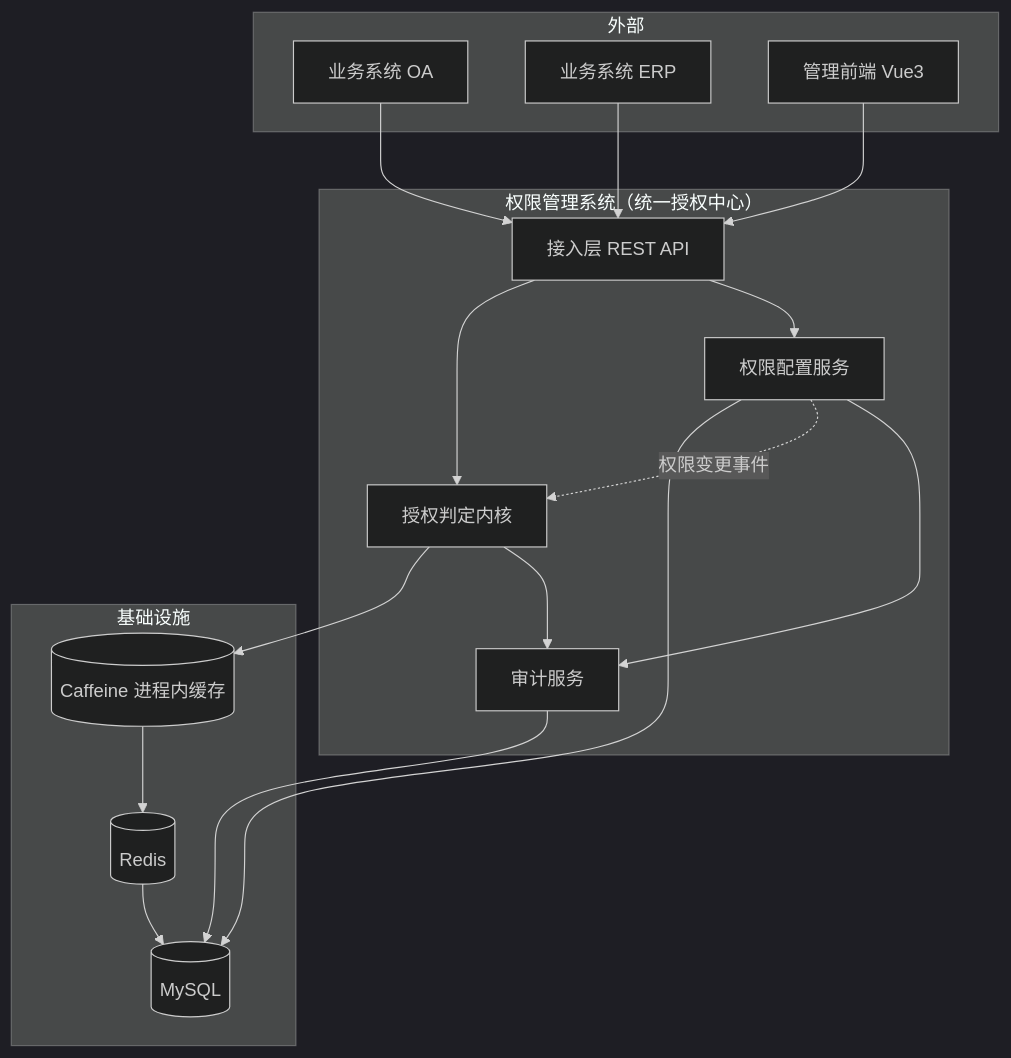
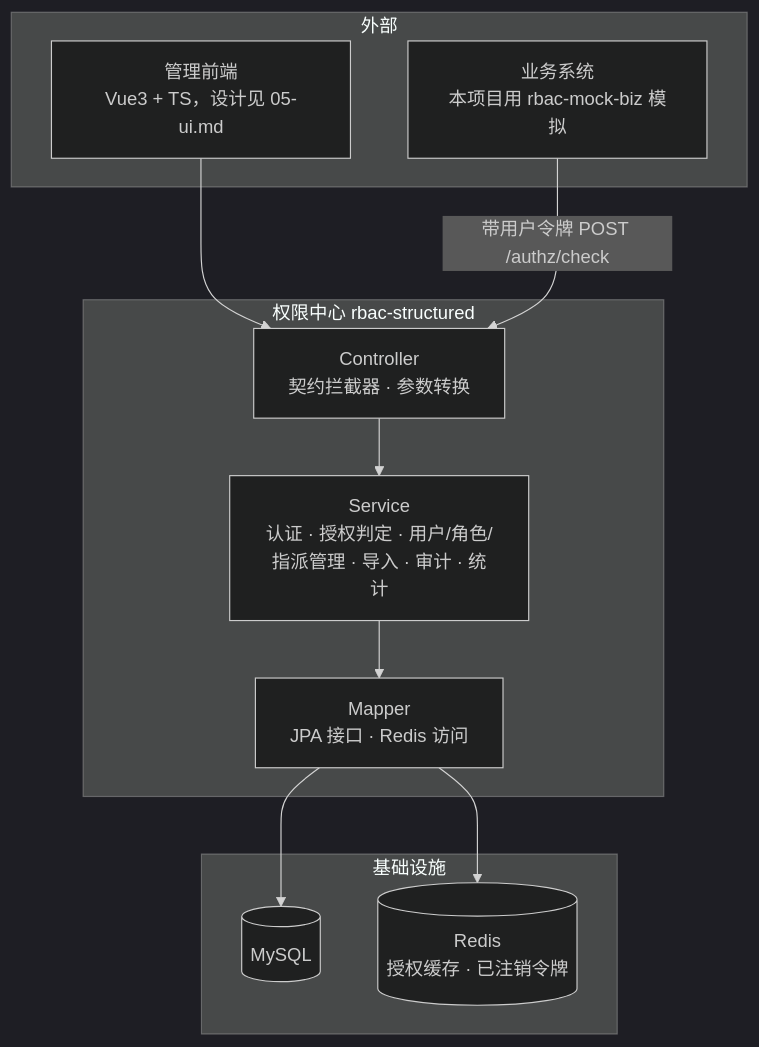
One commit to vintcessun/OOAD changed the first of 4 diagrams in docs/02-architecture.md. Above: the diagram before and after it, drawn with Mermaid (dark theme). The commit also changed other lines of this file and 17 other files, not shown here.

````diff
--- a/docs/02-architecture.md
+++ b/docs/02-architecture.md
@@ -68,31 +53,21 @@
 ```mermaid
 flowchart TB
     subgraph EXT["外部"]
-        BIZ1[业务系统 OA]
-        BIZ2[业务系统 ERP]
-        WEB[管理前端 Vue3]
+        WEB[管理前端<br/>Vue3 + TS，设计见 05-ui.md]
+        BIZ[业务系统<br/>本项目用 rbac-mock-biz 模拟]
     end
-    subgraph SYS["权限管理系统（统一授权中心）"]
-        API[接入层 REST API]
-        AUTHZ[授权判定内核]
-        ADMIN[权限配置服务]
-        AUDIT[审计服务]
+    subgraph SYS["权限中心 rbac-structured"]
+        API[Controller<br/>契约拦截器 · 参数转换]
+        SVC[Service<br/>认证 · 授权判定 · 用户/角色/指派管理 · 导入 · 审计 · 统计]
+        MAP[Mapper<br/>JPA 接口 · Redis 访问]
     end
     subgraph INFRA["基础设施"]
         MySQL[(MySQL)]
-        Redis[(Redis)]
-        Local[(Caffeine 进程内缓存)]
+        Redis[(Redis<br/>授权缓存 · 已注销令牌)]
     end
-
     WEB --> API
-    BIZ1 --> API
-    BIZ2 --> API
-    API --> AUTHZ
-    API --> ADMIN
-    AUTHZ --> Local --> Redis --> MySQL
-    ADMIN --> MySQL
-    ADMIN -. 权限变更事件 .-> AUTHZ
-    ADMIN --> AUDIT
-    AUTHZ --> AUDIT
-    AUDIT --> MySQL
+    BIZ -->|带用户令牌 POST /authz/check| API
+    API --> SVC --> MAP
+    MAP --> MySQL
+    MAP --> Redis
 ```
````
